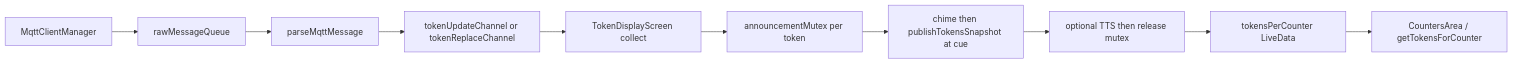
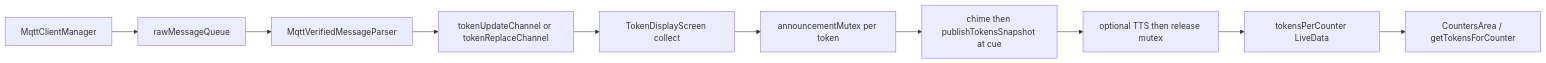
Before and after one commit to AdhiAdithyan/CallQTV: the fifth of 7 diagrams in docs/SRS_FLOWCHARTS_WIREFRAMES.md, drawn with Mermaid. The commit also changed other lines of this file and 77 other files, not shown here.

First line of the commit message:
Refactor Token Display into modular components and enhance MQTT/TTS architecture

````diff
--- a/docs/SRS_FLOWCHARTS_WIREFRAMES.md
+++ b/docs/SRS_FLOWCHARTS_WIREFRAMES.md
@@ -118,12 +118,12 @@
 ```mermaid
 flowchart LR
     A[MqttClientManager] --> B[rawMessageQueue]
-    B --> C[parseMqttMessage]
+    B --> C[MqttVerifiedMessageParser]
     C --> D[tokenUpdateChannel or tokenReplaceChannel]
     D --> E[TokenDisplayScreen collect]
     E --> F[announcementMutex per token]
     F --> G[chime then publishTokensSnapshot at cue]
     G --> H[optional TTS then release mutex]
     H --> I[tokensPerCounter LiveData]
     I --> J[CountersArea / getTokensForCounter]
 ```
````
